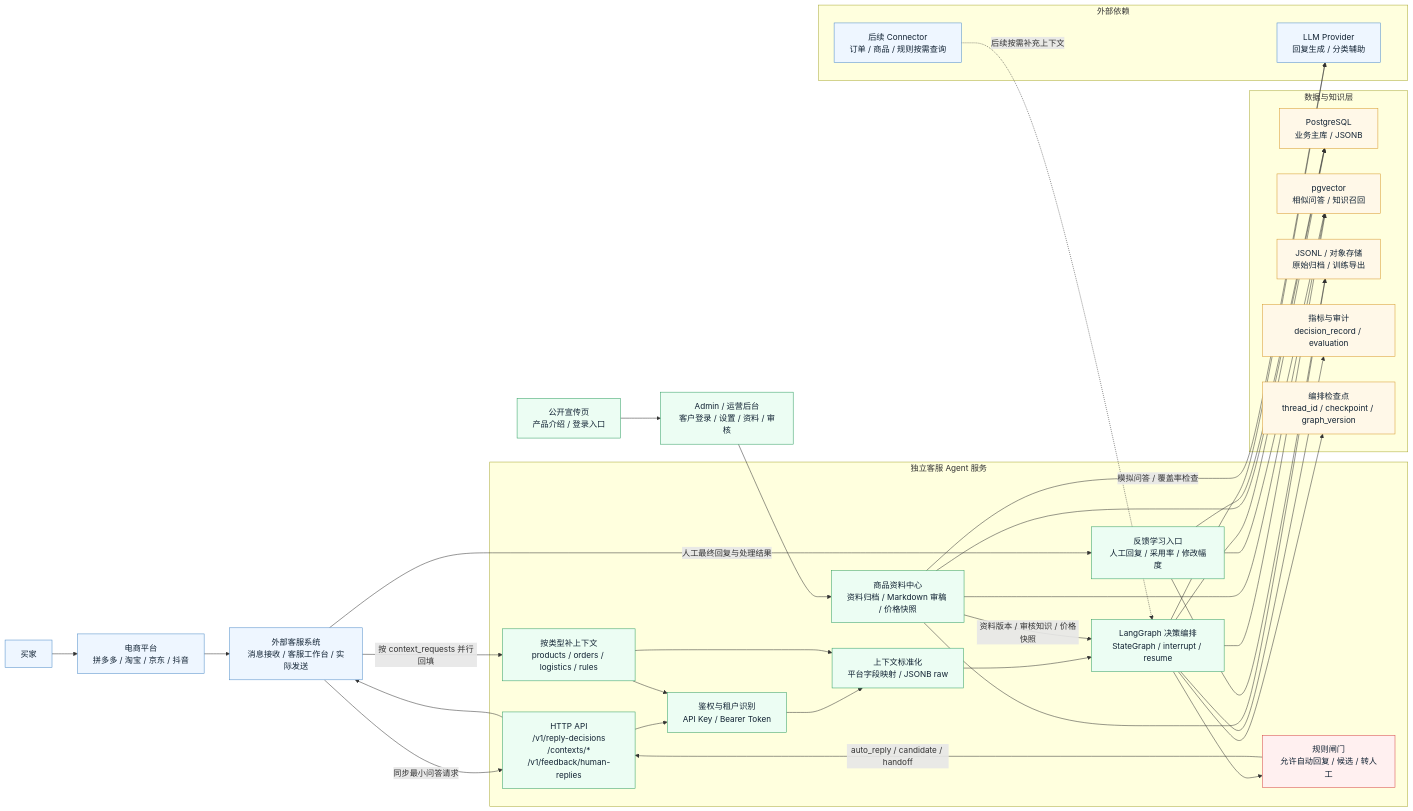
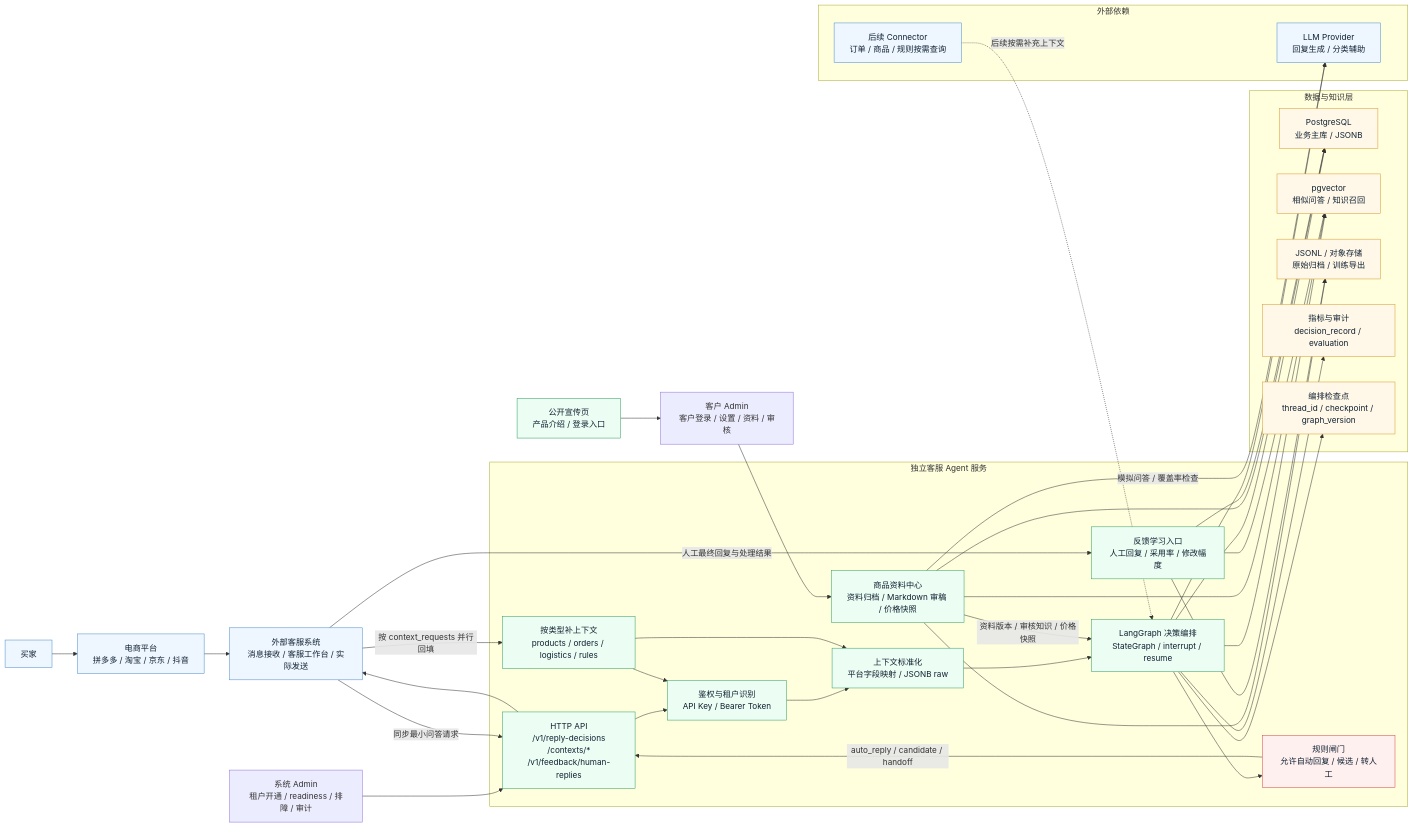
The first of 10 diagrams in docs/system-architecture.md (liuyenhui/ecommerce-cs-agent), drawn with Mermaid before and after one commit. The commit also changed other lines of this file and 16 other files, not shown here.

Commit message:
docs: split customer and system admin site boundaries

````diff
--- a/docs/system-architecture.md
+++ b/docs/system-architecture.md
@@ -19,66 +21,67 @@
 ```mermaid
 flowchart LR
   Buyer["买家"]
   Platform["电商平台\n拼多多 / 淘宝 / 京东 / 抖音"]
   ExternalCS["外部客服系统\n消息接收 / 客服工作台 / 实际发送"]
 
   subgraph Agent["独立客服 Agent 服务"]
     API["HTTP API\n/v1/reply-decisions\n/contexts/*\n/v1/feedback/human-replies"]
     Auth["鉴权与租户识别\nAPI Key / Bearer Token"]
     Normalize["上下文标准化\n平台字段映射 / JSONB raw"]
     ContextRefill["按类型补上下文\nproducts / orders / logistics / rules"]
     ProductContent["商品资料中心\n资料归档 / Markdown 审稿 / 价格快照"]
     Decision["LangGraph 决策编排\nStateGraph / interrupt / resume"]
     RuleGate["规则闸门\n允许自动回复 / 候选 / 转人工"]
     Feedback["反馈学习入口\n人工回复 / 采用率 / 修改幅度"]
   end
 
   subgraph Data["数据与知识层"]
     PG["PostgreSQL\n业务主库 / JSONB"]
     Vector["pgvector\n相似问答 / 知识召回"]
     Archive["JSONL / 对象存储\n原始归档 / 训练导出"]
     Metrics["指标与审计\ndecision_record / evaluation"]
     Checkpoint["编排检查点\nthread_id / checkpoint / graph_version"]
   end
 
   subgraph External["外部依赖"]
     LLM["LLM Provider\n回复生成 / 分类辅助"]
     FutureConnector["后续 Connector\n订单 / 商品 / 规则按需查询"]
   end
 
   Buyer --> Platform --> ExternalCS
-  Landing["公开宣传页\n产品介绍 / 登录入口"] --> Admin["Admin / 运营后台\n客户登录 / 设置 / 资料 / 审核"]
-  Admin --> ProductContent
+  Landing["公开宣传页\n产品介绍 / 登录入口"] --> CustomerAdmin["客户 Admin\n客户登录 / 设置 / 资料 / 审核"]
+  SystemAdmin["系统 Admin\n租户开通 / readiness / 排障 / 审计"] --> API
+  CustomerAdmin --> ProductContent
   ExternalCS -- "同步最小问答请求" --> API
   ExternalCS -- "按 context_requests 并行回填" --> ContextRefill
   API --> Auth --> Normalize --> Decision
   ContextRefill --> Auth
   ContextRefill --> Normalize
   ProductContent -- "资料版本 / 审核知识 / 价格快照" --> Decision
   Decision --> Vector
   Decision --> PG
   Decision --> Checkpoint
   Decision --> LLM
   ProductContent --> PG
   ProductContent --> Vector
   ProductContent --> Archive
   ProductContent -- "模拟问答 / 覆盖率检查" --> LLM
   Decision --> RuleGate
   RuleGate -- "auto_reply / candidate / handoff" --> API
   API --> ExternalCS
   ExternalCS -- "人工最终回复与处理结果" --> Feedback
   Feedback --> PG
   Feedback --> Vector
   Feedback --> Archive
   Decision --> Metrics
   FutureConnector -. "后续按需补充上下文" .-> Decision
 
   classDef external fill:#eef6ff,stroke:#4f8cc9,color:#123;
   classDef service fill:#ecfdf3,stroke:#2f9e62,color:#123;
   classDef data fill:#fff8e8,stroke:#d79a2b,color:#123;
   classDef risk fill:#fff0f0,stroke:#d64545,color:#123;
   class Buyer,Platform,ExternalCS,LLM,FutureConnector external;
   class Landing,Admin,API,Auth,Normalize,ContextRefill,ProductContent,Decision,Feedback service;
   class PG,Vector,Archive,Metrics,Checkpoint data;
   class RuleGate risk;
 ```
````
